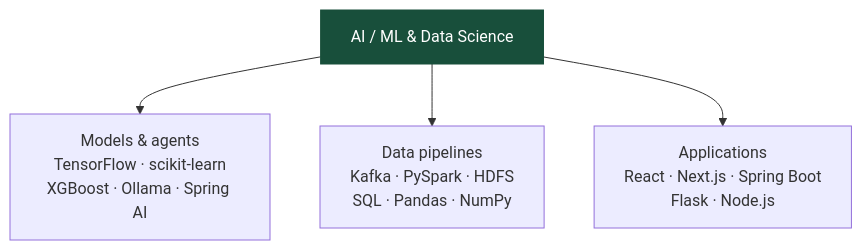
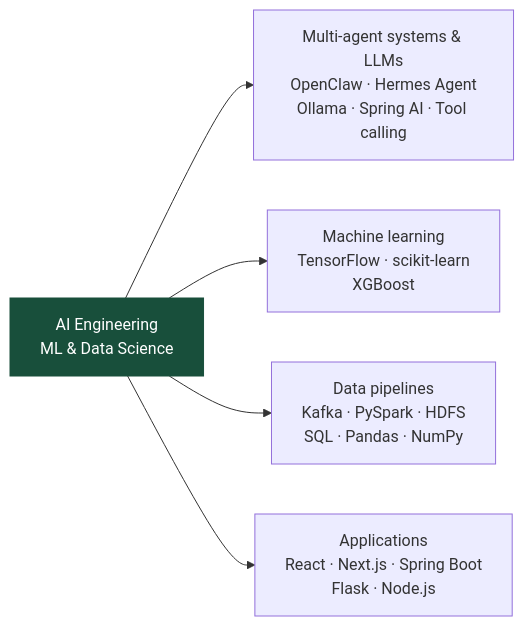
One commit to redaelfer/Reda-Portfolio changed the first of 2 diagrams in README.md. Above: the diagram before and after it, drawn with Mermaid. The commit also changed other lines of this file, not shown here.

Commit message:
Highlight multi-agent systems and AI engineering experience

````diff
--- a/README.md
+++ b/README.md
@@ -39,10 +49,11 @@
 ```mermaid
-flowchart TB
-    Focus["AI / ML & Data Science"]
-    Focus --> Models["Models & agents<br/>TensorFlow · scikit-learn<br/>XGBoost · Ollama · Spring AI"]
+flowchart LR
+    Focus["AI Engineering<br/>ML & Data Science"]
+    Focus --> Agents["Multi-agent systems & LLMs<br/>OpenClaw · Hermes Agent<br/>Ollama · Spring AI · Tool calling"]
+    Focus --> Models["Machine learning<br/>TensorFlow · scikit-learn<br/>XGBoost"]
     Focus --> Data["Data pipelines<br/>Kafka · PySpark · HDFS<br/>SQL · Pandas · NumPy"]
     Focus --> Apps["Applications<br/>React · Next.js · Spring Boot<br/>Flask · Node.js"]
 
     classDef primary fill:#184f3b,color:#ffffff,stroke:#184f3b;
     class Focus primary;
 ```
````
